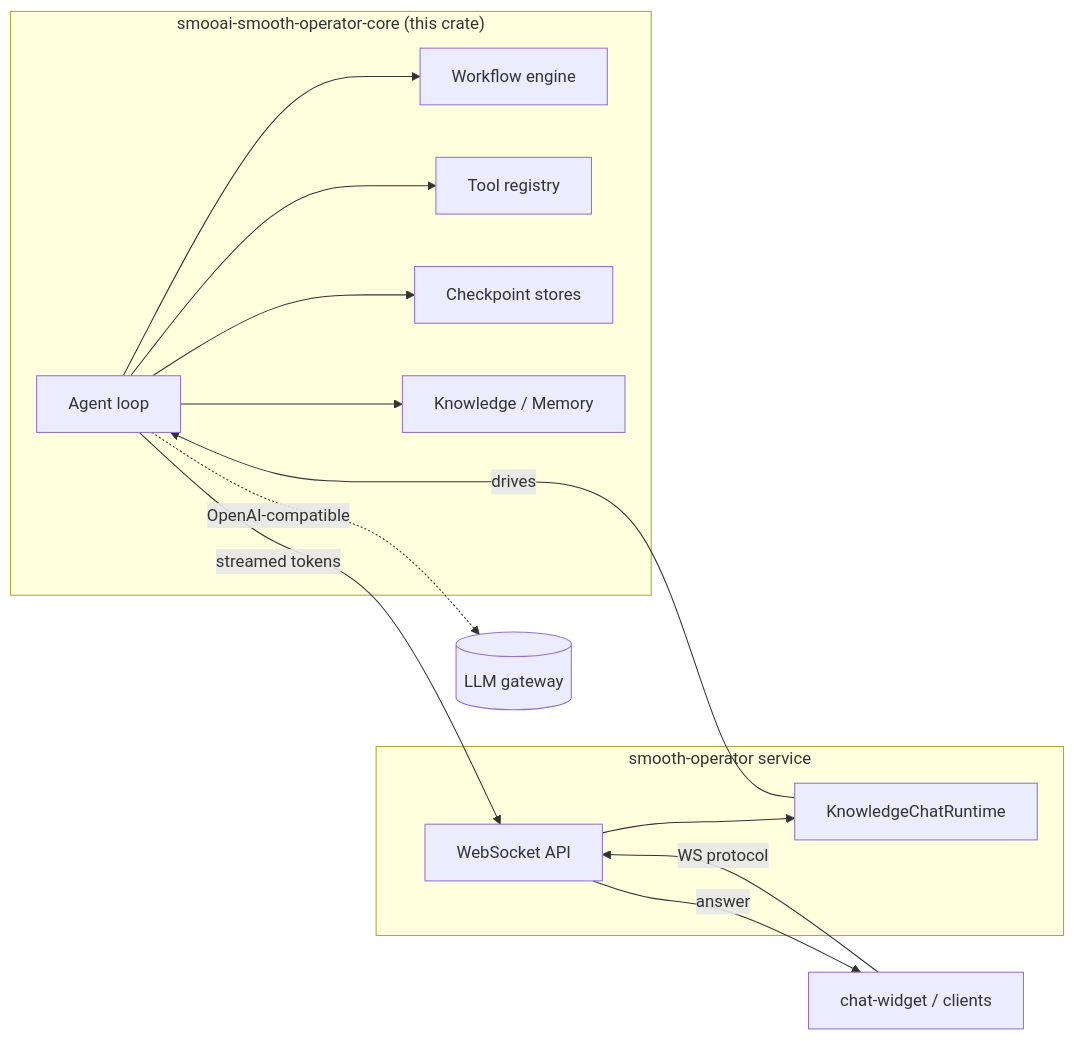
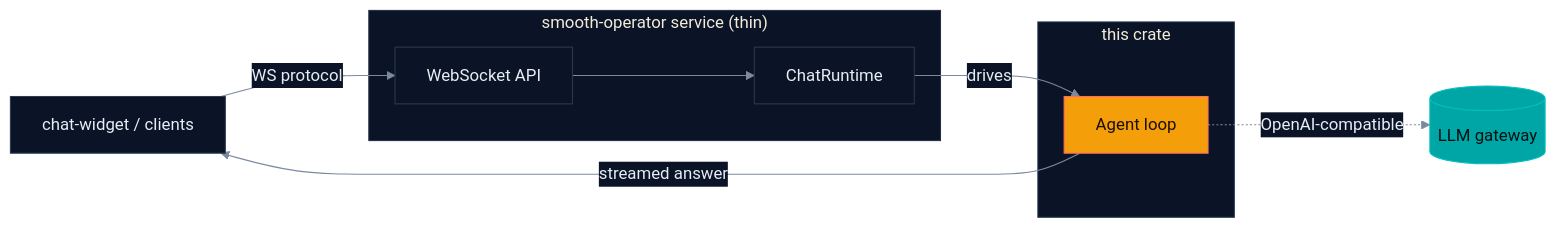
The second of 3 diagrams in README.md (SmooAI/smooth-operator-core), drawn with Mermaid before and after one commit. The commit also changed other lines of this file and 2 other files, not shown here.

Commit message:
chore: glow up README — hero banner, marketing callout, diagrams (#5)

````diff
--- a/README.md
+++ b/README.md
@@ -211,26 +212,21 @@
 ```mermaid
+%%{init: {'theme':'base','themeVariables':{
+  'background':'#020618','primaryColor':'#0b1426','primaryTextColor':'#e6edf6','primaryBorderColor':'#2b3a52',
+  'lineColor':'#7c8aa0','secondaryColor':'#0b1426','tertiaryColor':'#0b1426','fontFamily':'ui-sans-serif, system-ui, sans-serif',
+  'clusterBkg':'#0b1426','clusterBorder':'#22304a'}}}%%
 flowchart LR
-    subgraph core["smooai-smooth-operator-core (this crate)"]
+    WID[chat-widget / clients] -->|WS protocol| WS
+    subgraph svc["smooth-operator service (thin)"]
+        WS[WebSocket API] --> RT[ChatRuntime]
+    end
+    RT -->|drives| AG
+    subgraph core["this crate"]
         AG[Agent loop]
-        WF[Workflow engine]
-        TL[Tool registry]
-        CP[Checkpoint stores]
-        KB[Knowledge / Memory]
     end
-
-    subgraph svc["smooth-operator service"]
-        WS[WebSocket API]
-        RT[KnowledgeChatRuntime]
-    end
-
-    WID[chat-widget / clients] -->|WS protocol| WS
-    WS --> RT
-    RT -->|drives| AG
-    AG --> WF
-    AG --> TL
-    AG --> CP
-    AG --> KB
-    AG -->|streamed tokens| WS
-    WS -->|answer| WID
     AG -.->|OpenAI-compatible| GW[(LLM gateway)]
+    AG -->|streamed answer| WID
+    classDef warm fill:#f49f0a,stroke:#ff6b6c,color:#1a0f00;
+    classDef teal fill:#00a6a6,stroke:#00c2c2,color:#011;
+    class AG warm
+    class GW teal
 ```
````
